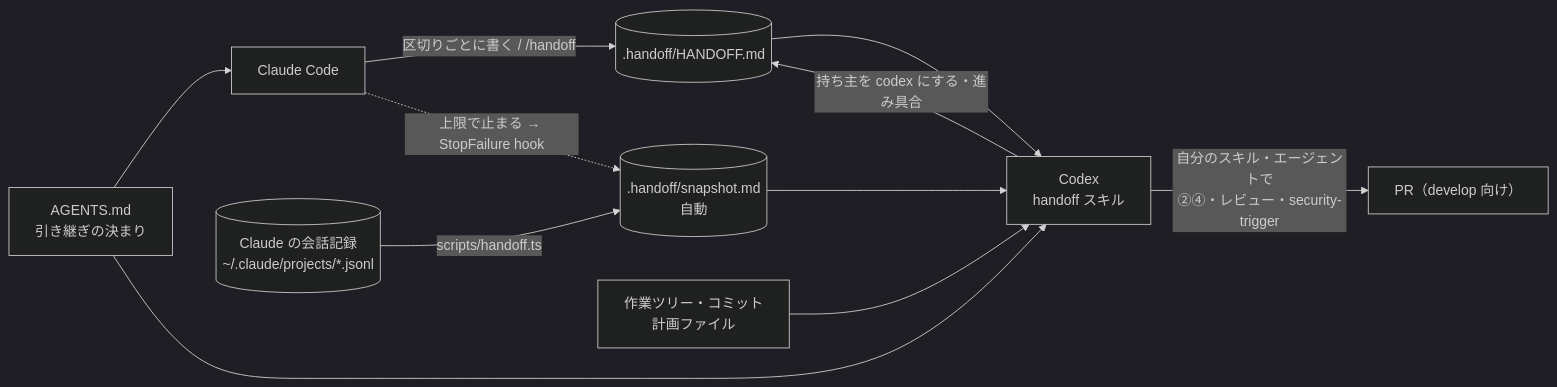
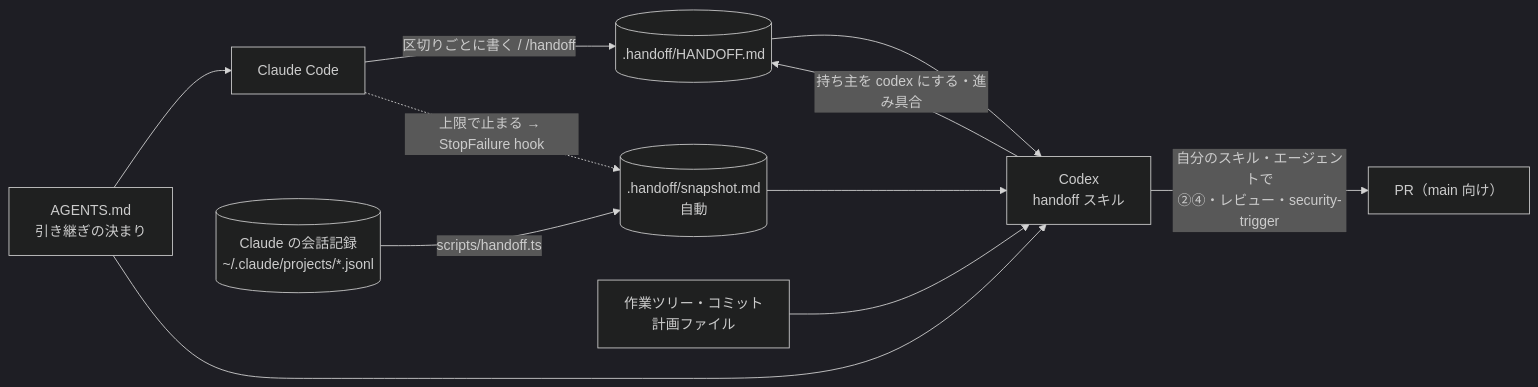
Before and after one commit to vivastack-labs/vivastack-build-maps: the diagram in docs/claude-codex-collab-design.md, drawn with Mermaid (dark theme). The commit also changed other lines of this file and 9 other files, not shown here.

````diff
--- a/docs/claude-codex-collab-design.md
+++ b/docs/claude-codex-collab-design.md
@@ -39,13 +39,13 @@
 ```mermaid
 flowchart LR
     CC[Claude Code] -- "区切りごとに書く / /handoff" --> H[(.handoff/HANDOFF.md)]
     CC -. "上限で止まる → StopFailure hook" .-> S[(.handoff/snapshot.md<br/>自動)]
     J[(Claude の会話記録<br/>~/.claude/projects/*.jsonl)] -- "scripts/handoff.ts" --> S
     H --> CX[Codex<br/>handoff スキル]
     S --> CX
     WT[作業ツリー・コミット<br/>計画ファイル] --> CX
     CX -- "持ち主を codex にする・進み具合" --> H
-    CX -- "自分のスキル・エージェントで<br/>②④・レビュー・security-trigger" --> PR[PR（develop 向け）]
+    CX -- "自分のスキル・エージェントで<br/>②④・レビュー・security-trigger" --> PR[PR（main 向け）]
     A[AGENTS.md<br/>引き継ぎの決まり] --> CC
     A --> CX
 ```
````
